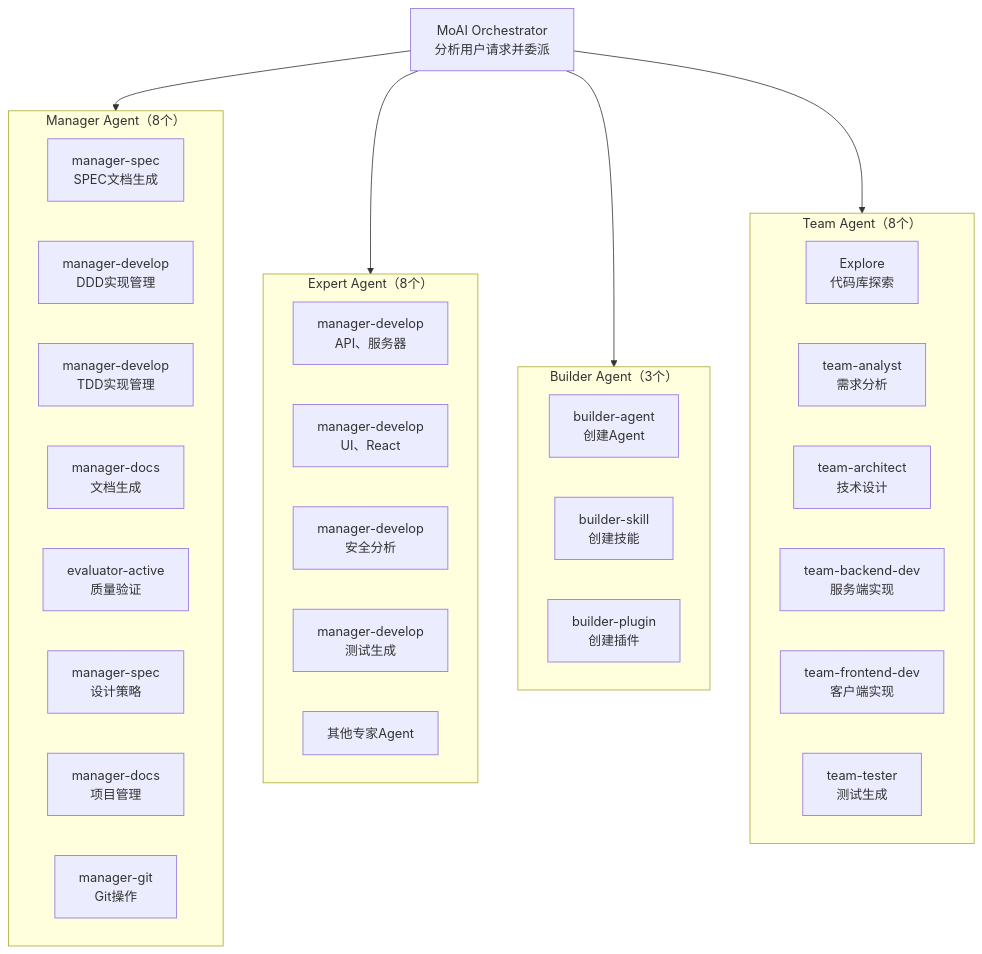
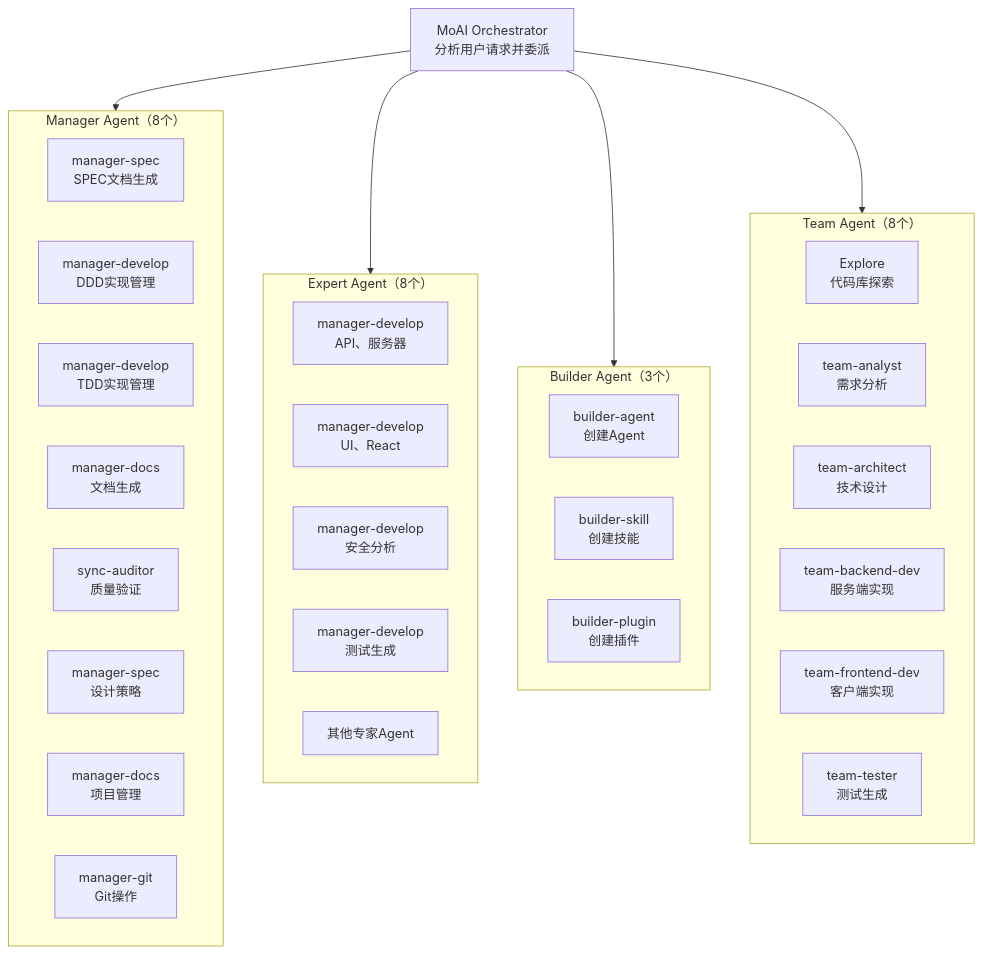
Before and after one commit to modu-ai/moai-adk: the third of 6 diagrams in docs-site/content/zh/core-concepts/what-is-moai-adk.md, drawn with Mermaid. The commit also changed other lines of this file and 149 other files, not shown here.

First line of the commit message:
chore(agents): evaluator-active를 sync-auditor로 rename (plan-auditor phase 대칭)

````diff
--- a/docs-site/content/zh/core-concepts/what-is-moai-adk.md
+++ b/docs-site/content/zh/core-concepts/what-is-moai-adk.md
@@ -237,43 +237,43 @@
 ```mermaid
 flowchart TD
     MoAI["MoAI Orchestrator\n分析用户请求并委派"]
 
     subgraph Managers["Manager Agent（8个）"]
         M1["manager-spec\nSPEC文档生成"]
         M2["manager-develop\nDDD实现管理"]
         M3["manager-develop\nTDD实现管理"]
         M4["manager-docs\n文档生成"]
-        M5["evaluator-active\n质量验证"]
+        M5["sync-auditor\n质量验证"]
         M6["manager-spec\n设计策略"]
         M7["manager-docs\n项目管理"]
         M8["manager-git\nGit操作"]
     end
 
     subgraph Experts["Expert Agent（8个）"]
         E1["manager-develop\nAPI、服务器"]
         E2["manager-develop\nUI、React"]
         E3["manager-develop\n安全分析"]
         E4["manager-develop\n测试生成"]
         E6["其他专家Agent"]
     end
 
     subgraph Builders["Builder Agent（3个）"]
         B1["builder-agent\n创建Agent"]
         B2["builder-skill\n创建技能"]
         B3["builder-plugin\n创建插件"]
     end
 
     subgraph Teams["Team Agent（8个）"]
         T1["Explore\n代码库探索"]
         T2["team-analyst\n需求分析"]
         T3["team-architect\n技术设计"]
         T4["team-backend-dev\n服务端实现"]
         T5["team-frontend-dev\n客户端实现"]
         T6["team-tester\n测试生成"]
     end
 
     MoAI --> Managers
     MoAI --> Experts
     MoAI --> Builders
     MoAI --> Teams
 ```
````
